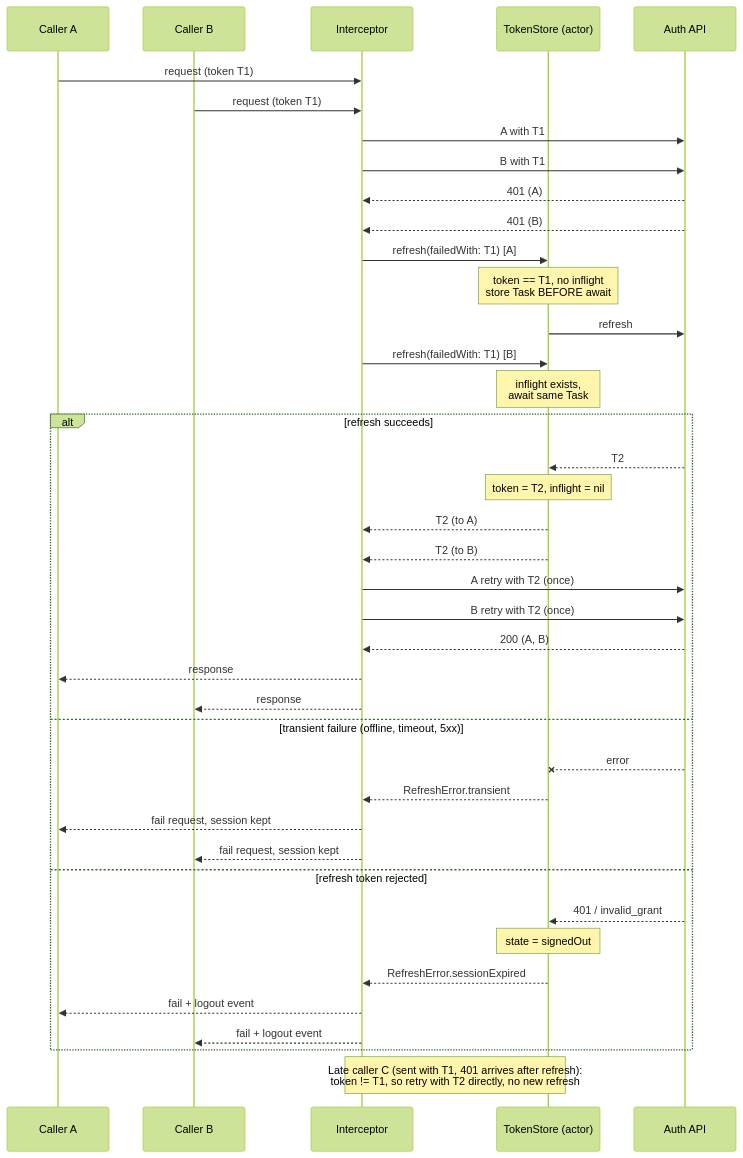
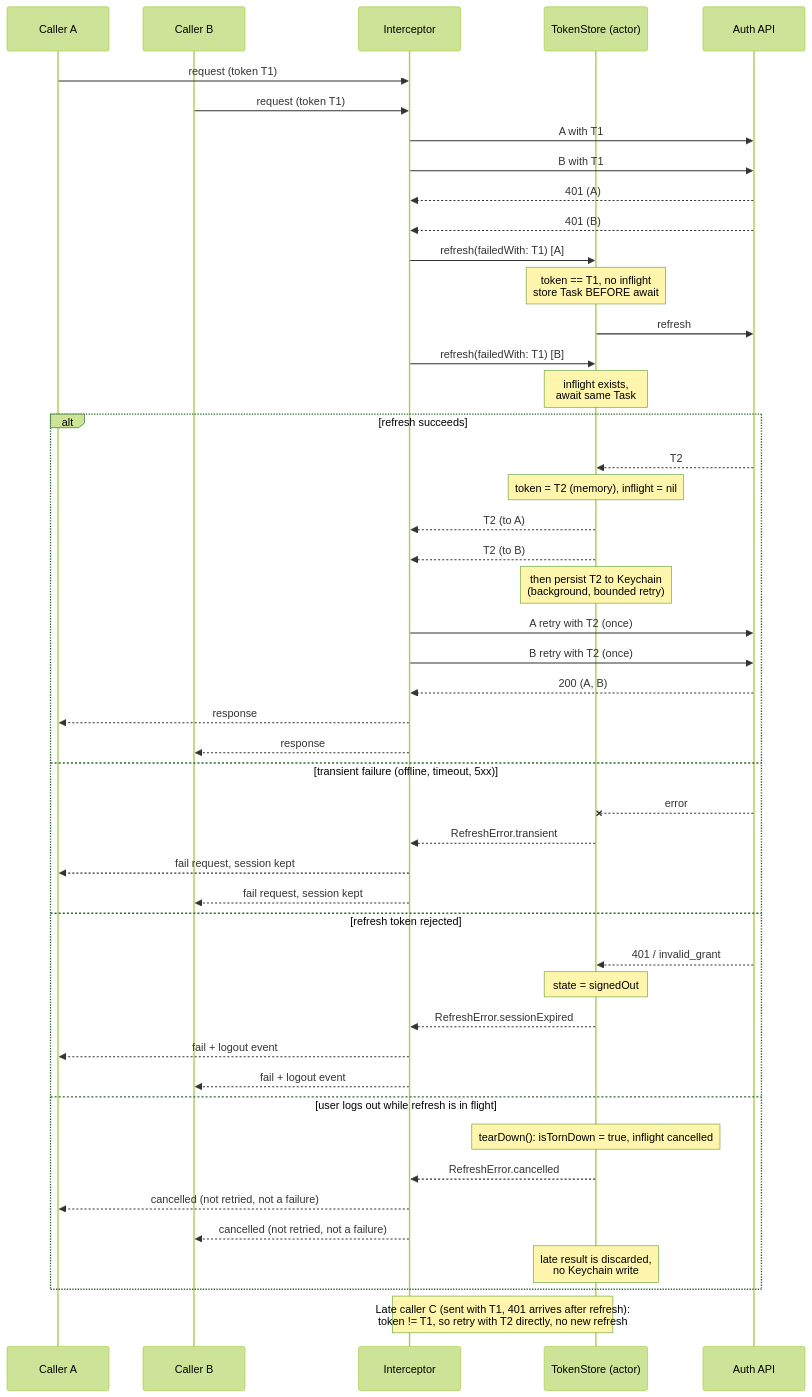
Before and after one commit to Vasanth-070/Anaconda: the diagram in docs/networking-design.md, drawn with Mermaid (forest theme). The commit also changed other lines of this file, not shown here.

Commit message:
main: networking design: suspension, session scope, keychain failure, cleanup

````diff
--- a/docs/networking-design.md
+++ b/docs/networking-design.md
@@ -46,46 +62,53 @@
 ```mermaid
 sequenceDiagram
     participant A as Caller A
     participant B as Caller B
     participant I as Interceptor
     participant S as TokenStore (actor)
     participant API as Auth API
 
     A->>I: request (token T1)
     B->>I: request (token T1)
     I->>API: A with T1
     I->>API: B with T1
     API-->>I: 401 (A)
     API-->>I: 401 (B)
 
     I->>S: refresh(failedWith: T1) [A]
     Note over S: token == T1, no inflight<br/>store Task BEFORE await
     S->>API: refresh
     I->>S: refresh(failedWith: T1) [B]
     Note over S: inflight exists,<br/>await same Task
 
     alt refresh succeeds
         API-->>S: T2
-        Note over S: token = T2, inflight = nil
+        Note over S: token = T2 (memory), inflight = nil
         S-->>I: T2 (to A)
         S-->>I: T2 (to B)
+        Note over S: then persist T2 to Keychain<br/>(background, bounded retry)
         I->>API: A retry with T2 (once)
         I->>API: B retry with T2 (once)
         API-->>I: 200 (A, B)
         I-->>A: response
         I-->>B: response
     else transient failure (offline, timeout, 5xx)
         API--xS: error
         S-->>I: RefreshError.transient
         I-->>A: fail request, session kept
         I-->>B: fail request, session kept
     else refresh token rejected
         API-->>S: 401 / invalid_grant
         Note over S: state = signedOut
         S-->>I: RefreshError.sessionExpired
         I-->>A: fail + logout event
         I-->>B: fail + logout event
+    else user logs out while refresh is in flight
+        Note over S: tearDown(): isTornDown = true, inflight cancelled
+        S-->>I: RefreshError.cancelled
+        I-->>A: cancelled (not retried, not a failure)
+        I-->>B: cancelled (not retried, not a failure)
+        Note over S: late result is discarded,<br/>no Keychain write
     end
 
     Note over I,S: Late caller C (sent with T1, 401 arrives after refresh):<br/>token != T1, so retry with T2 directly, no new refresh
 ```
````
